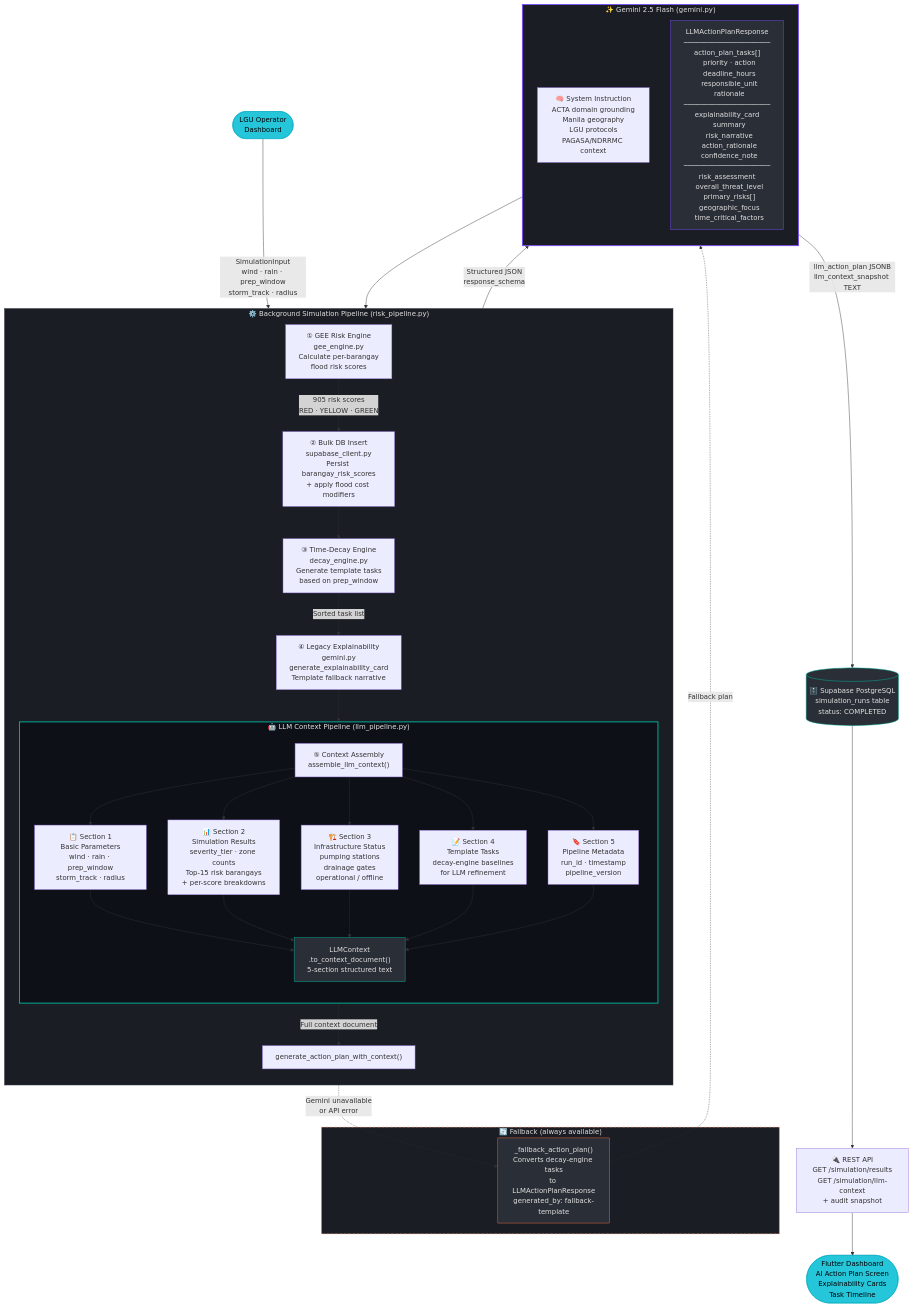
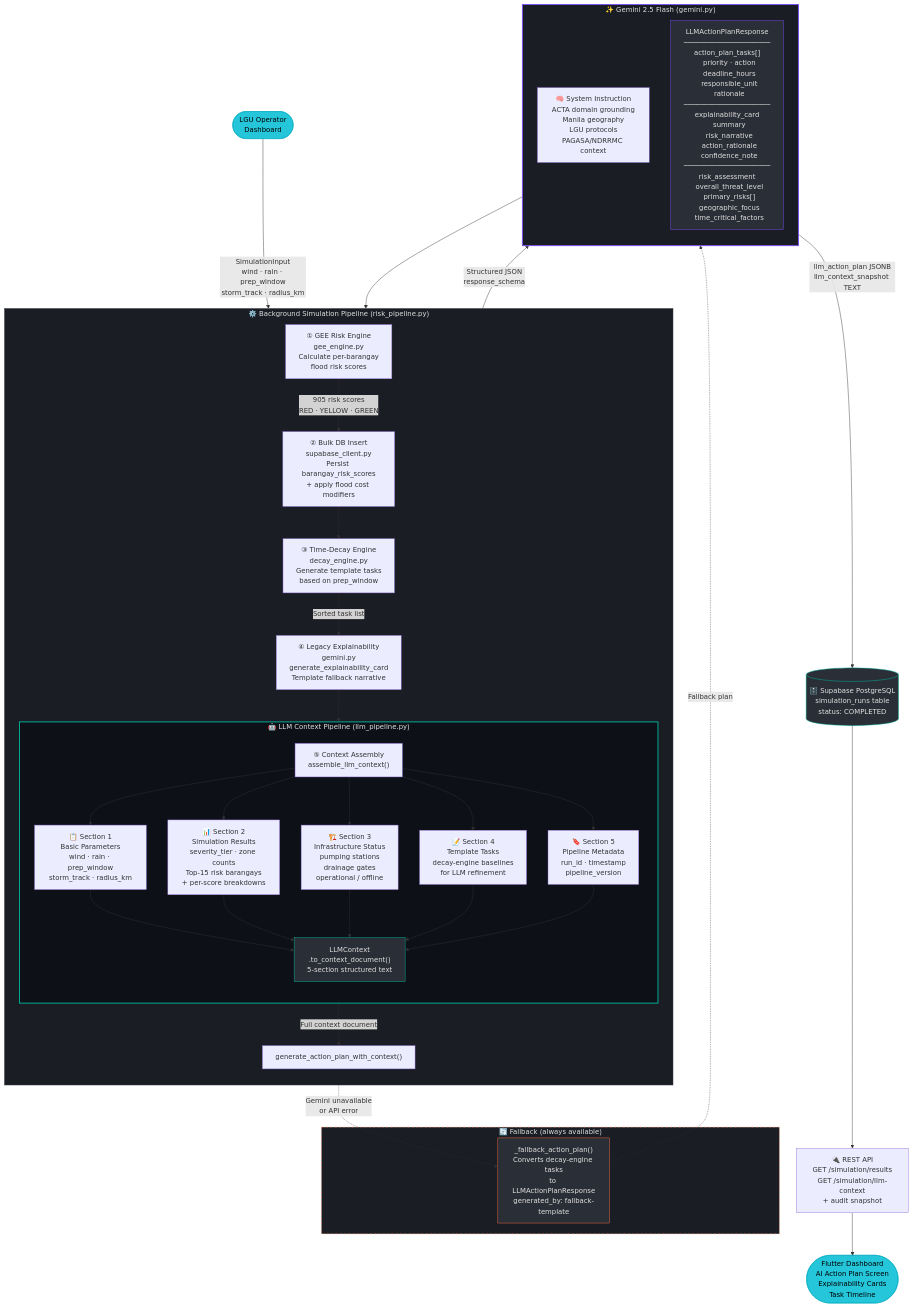
The diagram in README.md (Sisig-Mayo/ACTA), drawn with Mermaid before and after one commit. The commit also changed other lines of this file and 18 other files, not shown here.

````diff
--- a/README.md
+++ b/README.md
@@ -56,64 +59,64 @@
 ```mermaid
 flowchart TD
-    A([LGU Operator\nDashboard]) -->|SimulationInput\nwind · rain · prep_window\nstorm_track · radius| B
+    A([LGU Operator\nDashboard]) -->|SimulationInput\nwind · rain · prep_window\nstorm_track · radius_km| B
 
     subgraph PIPELINE ["⚙️  Background Simulation Pipeline  (risk_pipeline.py)"]
         direction TB
 
         B["① GEE Risk Engine\ngee_engine.py\nCalculate per-barangay\nflood risk scores"] -->|905 risk scores\nRED · YELLOW · GREEN| C
 
         C["② Bulk DB Insert\nsupabase_client.py\nPersist barangay_risk_scores\n+ apply flood cost modifiers"] --> D
 
         D["③ Time-Decay Engine\ndecay_engine.py\nGenerate template tasks\nbased on prep_window"] -->|Sorted task list| E
 
         E["④ Legacy Explainability\ngemini.py\ngenerate_explainability_card\nTemplate fallback narrative"] --> F
 
         subgraph LLM_PIPELINE ["🤖  LLM Context Pipeline  (llm_pipeline.py)"]
             direction TB
 
             F["⑤ Context Assembly\nassemble_llm_context()"] 
 
-            F --> S1["📋 Section 1\nBasic Parameters\nwind · rain · prep_window\nstorm_track · radius"]
+            F --> S1["📋 Section 1\nBasic Parameters\nwind · rain · prep_window\nstorm_track · radius_km"]
             F --> S2["📊 Section 2\nSimulation Results\nseverity_tier · zone counts\nTop-15 risk barangays\n+ per-score breakdowns"]
             F --> S3["🏗️ Section 3\nInfrastructure Status\npumping stations\ndrainage gates\noperational / offline"]
             F --> S4["📝 Section 4\nTemplate Tasks\ndecay-engine baselines\nfor LLM refinement"]
             F --> S5["🔖 Section 5\nPipeline Metadata\nrun_id · timestamp\npipeline_version"]
 
             S1 & S2 & S3 & S4 & S5 --> CTX["LLMContext\n.to_context_document()\n5-section structured text"]
         end
 
         CTX -->|Full context document| G
     end
 
     subgraph GEMINI ["✨  Gemini 2.5 Flash  (gemini.py)"]
         direction TB
         SP["🧠 System Instruction\nACTA domain grounding\nManila geography\nLGU protocols\nPAGASA/NDRRMC context"] 
         G["generate_action_plan_with_context()"]
         SP --> G
         G -->|Structured JSON\nresponse_schema| H["LLMActionPlanResponse\n─────────────────────\naction_plan_tasks[]\n  priority · action\n  deadline_hours\n  responsible_unit\n  rationale\n─────────────────────\nexplainability_card\n  summary\n  risk_narrative\n  action_rationale\n  confidence_note\n─────────────────────\nrisk_assessment\n  overall_threat_level\n  primary_risks[]\n  geographic_focus\n  time_critical_factors"]
     end
 
     H -->|llm_action_plan JSONB\nllm_context_snapshot TEXT| I[("🗄️ Supabase PostgreSQL\nsimulation_runs table\nstatus: COMPLETED")]
 
     I --> J["🔌 REST API\nGET /simulation/results\nGET /simulation/llm-context\n+ audit snapshot"]
 
     J --> K([Flutter Dashboard\nAI Action Plan Screen\nExplainability Cards\nTask Timeline])
 
     subgraph FALLBACK ["🔄  Fallback  (always available)"]
         FB["_fallback_action_plan()\nConverts decay-engine tasks\nto LLMActionPlanResponse\ngenerated_by: fallback-template"]
     end
 
     G -.->|"Gemini unavailable\nor API error"| FB
     FB -.->|Fallback plan| H
 
     style PIPELINE fill:#1a1d23,stroke:#3a3f4b,color:#e0e0e0
     style LLM_PIPELINE fill:#0d1117,stroke:#00bfa6,stroke-width:2px,color:#e0e0e0
     style GEMINI fill:#1a1d23,stroke:#7c4dff,stroke-width:2px,color:#e0e0e0
     style FALLBACK fill:#1a1d23,stroke:#ff7043,stroke-dasharray:5 5,color:#e0e0e0
     style A fill:#26c6da,stroke:#00acc1,color:#000
     style K fill:#26c6da,stroke:#00acc1,color:#000
     style I fill:#2a2e36,stroke:#00bfa6,color:#e0e0e0
     style H fill:#2a2e36,stroke:#7c4dff,color:#e0e0e0
     style CTX fill:#2a2e36,stroke:#00bfa6,color:#e0e0e0
     style FB fill:#2a2e36,stroke:#ff7043,color:#e0e0e0
 ```
````
